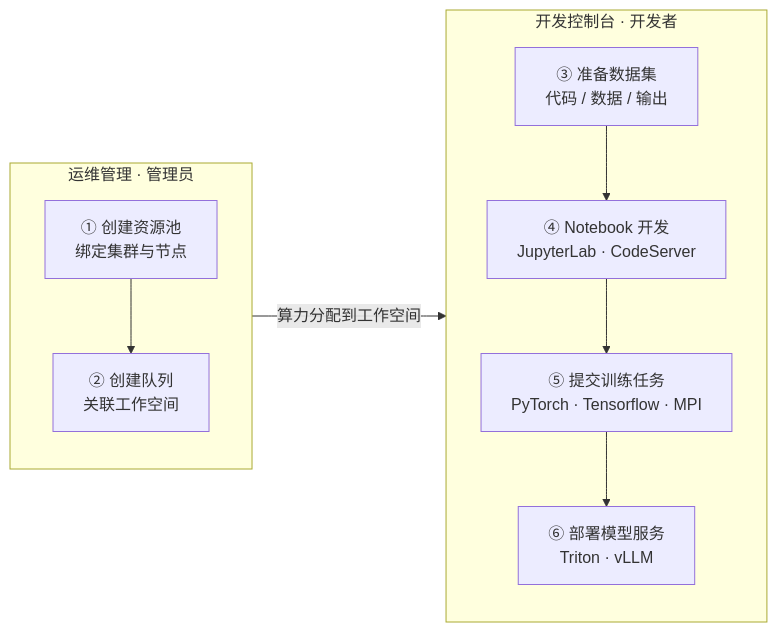
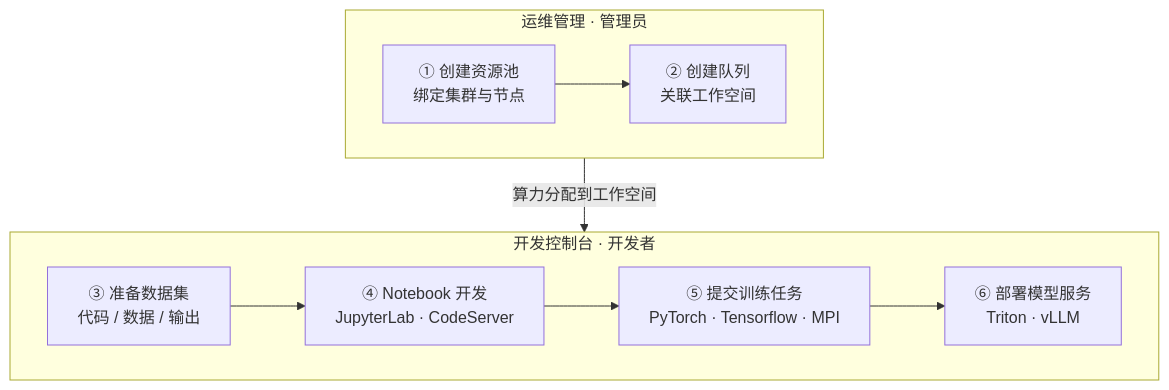
Before and after one commit to DaoCloud/DaoCloud-docs: the diagram in docs/zh/docs/baize/intro/index.md, drawn with Mermaid. The commit also changed other lines of this file and 1 other file, not shown here.

Commit message:
update mermaid structure

````diff
--- a/docs/zh/docs/baize/intro/index.md
+++ b/docs/zh/docs/baize/intro/index.md
@@ -73,26 +73,18 @@
 ```mermaid
-flowchart LR
+flowchart TB
     subgraph OAM["运维管理 · 管理员"]
-        direction TB
-        A["① 创建资源池<br/>绑定集群与节点"]
-        B["② 创建队列<br/>关联工作空间"]
+        direction LR
+        A["① 创建资源池<br/>绑定集群与节点"] --> B["② 创建队列<br/>关联工作空间"]
     end
     subgraph DEV["开发控制台 · 开发者"]
-        direction TB
-        C["③ 准备数据集<br/>代码 / 数据 / 输出"]
-        D["④ Notebook 开发<br/>JupyterLab · CodeServer"]
-        E["⑤ 提交训练任务<br/>PyTorch · Tensorflow · MPI"]
-        F["⑥ 部署模型服务<br/>Triton · vLLM"]
+        direction LR
+        C["③ 准备数据集<br/>代码 / 数据 / 输出"] --> D["④ Notebook 开发<br/>JupyterLab · CodeServer"] --> E["⑤ 提交训练任务<br/>PyTorch · Tensorflow · MPI"] --> F["⑥ 部署模型服务<br/>Triton · vLLM"]
     end
-    A --> B
-    B -->|算力分配到工作空间| C
-    C --> D
-    D --> E
-    E --> F
+    OAM -->|算力分配到工作空间| DEV
     click A href "../oam/resource/create/"
     click B href "../oam/queue/create/"
     click C href "../developer/dataset/"
     click D href "../developer/notebooks/"
     click E href "../developer/jobs/"
     click F href "../developer/inference/"
 ```
````
